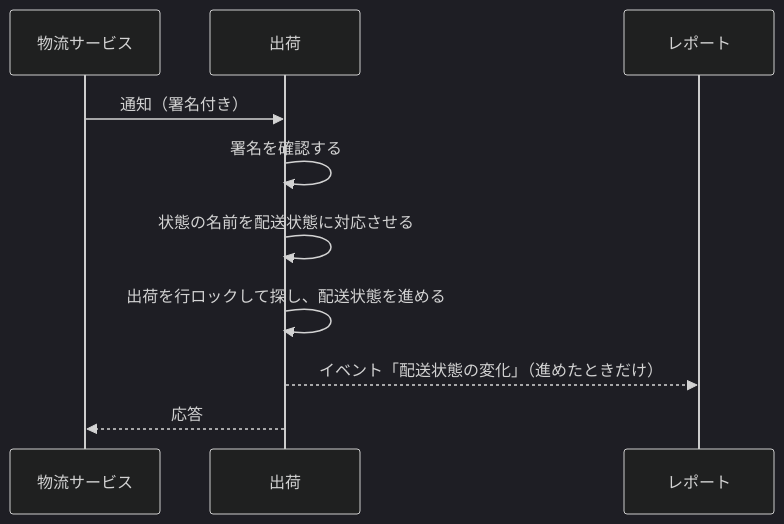
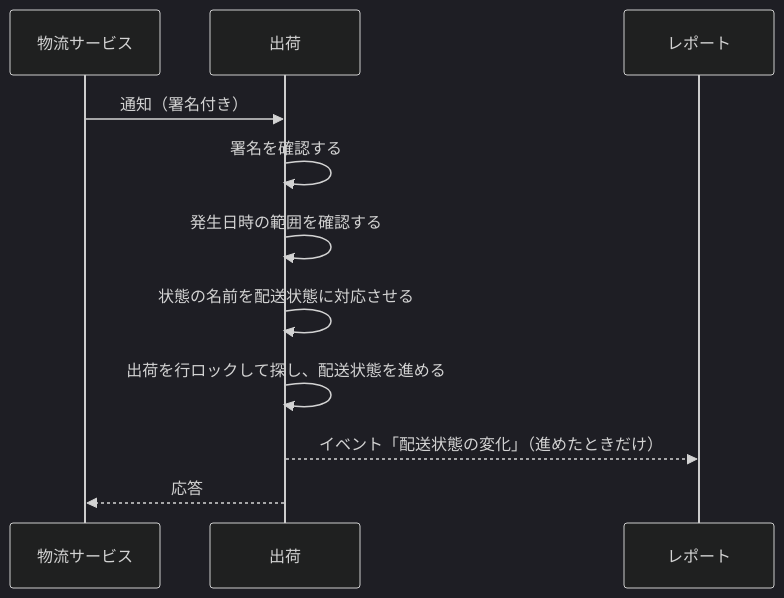
The second of 2 diagrams in docs/02-設計/shipping.md (roger88106/ec-site), drawn with Mermaid (dark theme) before and after one commit. The commit also changed other lines of this file and 4 other files, not shown here.

````diff
--- a/docs/02-設計/shipping.md
+++ b/docs/02-設計/shipping.md
@@ -70,12 +71,13 @@
 ```mermaid
 sequenceDiagram
     participant C as 物流サービス
     participant S as 出荷
     participant R as レポート
     C->>S: 通知（署名付き）
     S->>S: 署名を確認する
+    S->>S: 発生日時の範囲を確認する
     S->>S: 状態の名前を配送状態に対応させる
     S->>S: 出荷を行ロックして探し、配送状態を進める
     S-->>R: イベント「配送状態の変化」（進めたときだけ）
     S-->>C: 応答
 ```
````
